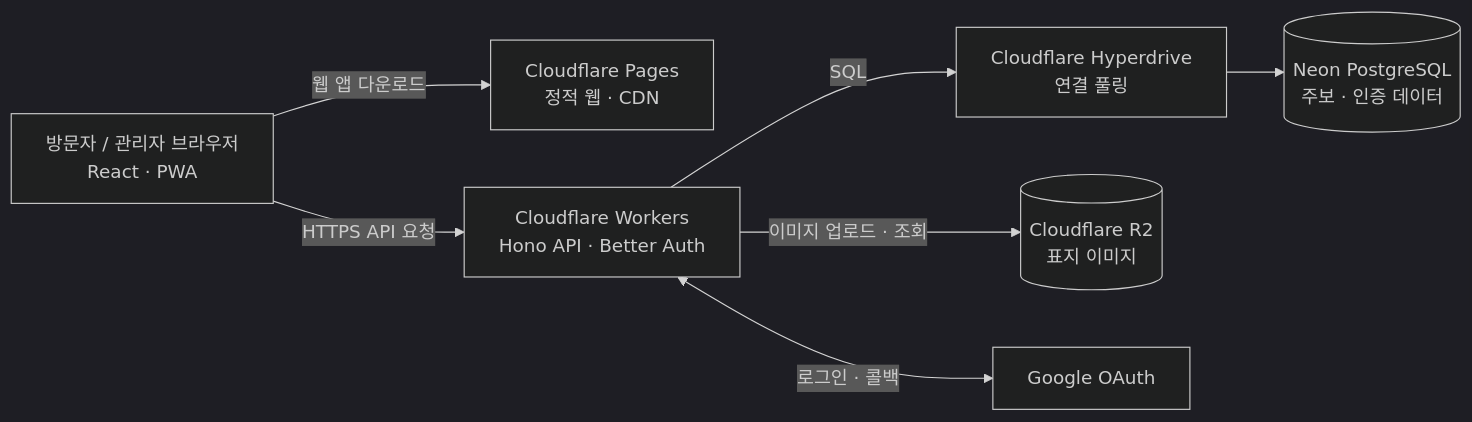
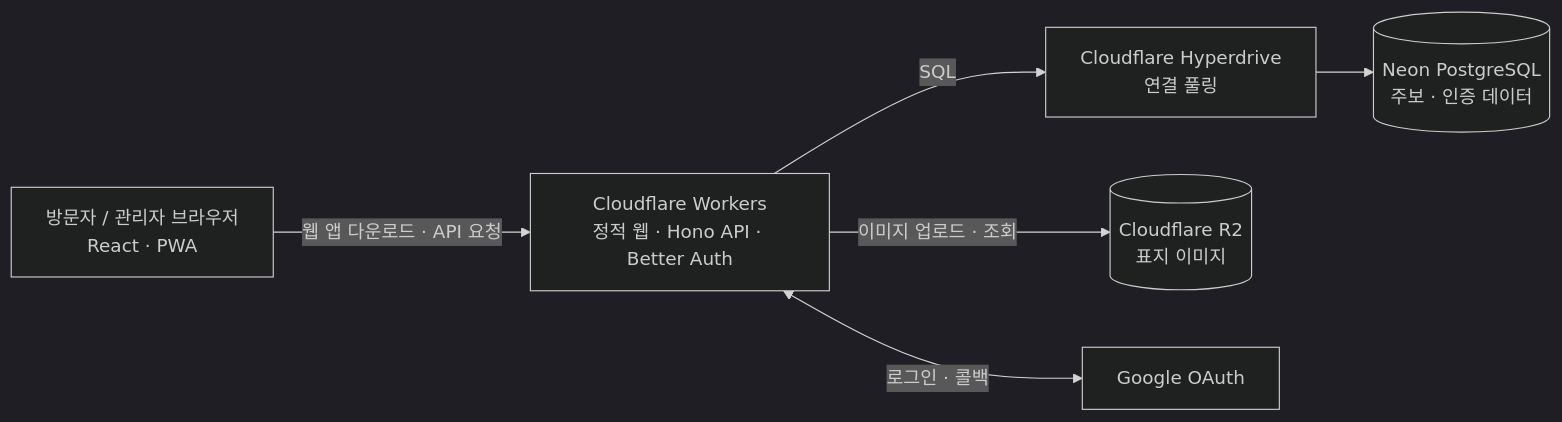
One commit to dev-owen/gsmch-youth-bulletin changed the first of 2 diagrams in README.md. Above: the diagram before and after it, drawn with Mermaid (dark theme). The commit also changed other lines of this file and 8 other files, not shown here.

````diff
--- a/README.md
+++ b/README.md
@@ -19,17 +19,15 @@
 ```mermaid
 flowchart LR
   visitor[방문자 / 관리자 브라우저<br/>React · PWA]
-  pages[Cloudflare Pages<br/>정적 웹 · CDN]
-  worker[Cloudflare Workers<br/>Hono API · Better Auth]
+  worker[Cloudflare Workers<br/>정적 웹 · Hono API · Better Auth]
   hyperdrive[Cloudflare Hyperdrive<br/>연결 풀링]
   postgres[(Neon PostgreSQL<br/>주보 · 인증 데이터)]
   r2[(Cloudflare R2<br/>표지 이미지)]
   google[Google OAuth]
 
-  visitor -->|웹 앱 다운로드| pages
-  visitor -->|HTTPS API 요청| worker
+  visitor -->|웹 앱 다운로드 · API 요청| worker
   worker -->|SQL| hyperdrive
   hyperdrive --> postgres
   worker -->|이미지 업로드 · 조회| r2
   worker <-->|로그인 · 콜백| google
 ```
````
